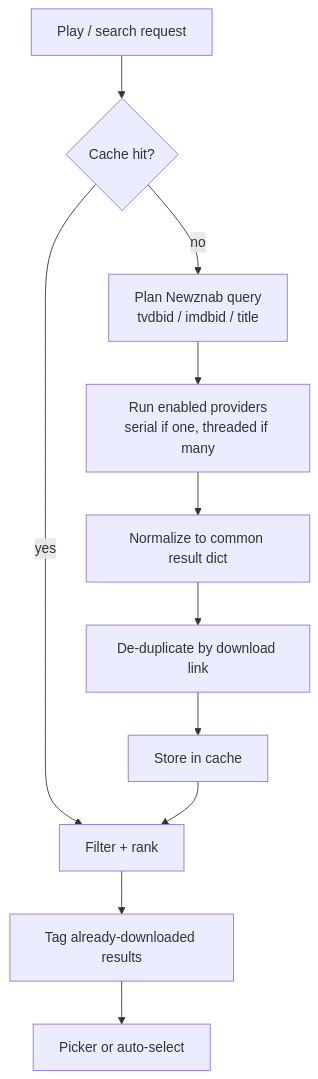
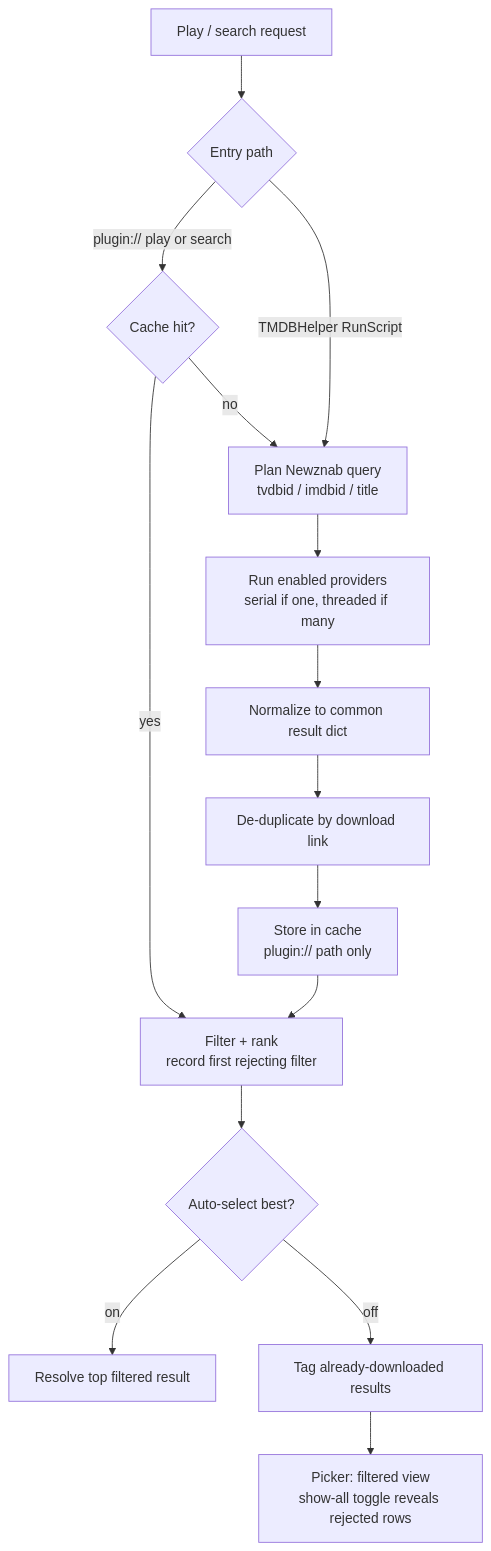
One commit to Appz4Fun/nzbdavkodi changed the first of 2 diagrams in docs-site/how-it-works/search-pipeline.md. Above: the diagram before and after it, drawn with Mermaid. The commit also changed other lines of this file and 4 other files, not shown here.

````diff
--- a/docs-site/how-it-works/search-pipeline.md
+++ b/docs-site/how-it-works/search-pipeline.md
@@ -8,13 +8,17 @@
 ```mermaid
 flowchart TD
-    Q[Play / search request] --> CACHE{Cache hit?}
+    Q[Play / search request] --> SRC{Entry path}
+    SRC -->|plugin:// play or search| CACHE{Cache hit?}
+    SRC -->|TMDBHelper RunScript| PLAN
     CACHE -->|yes| RANK
     CACHE -->|no| PLAN[Plan Newznab query<br/>tvdbid / imdbid / title]
     PLAN --> FAN[Run enabled providers<br/>serial if one, threaded if many]
     FAN --> NORM[Normalize to common result dict]
     NORM --> DEDUPE[De-duplicate by download link]
-    DEDUPE --> STORE[Store in cache]
-    STORE --> RANK[Filter + rank]
-    RANK --> TAG[Tag already-downloaded results]
-    TAG --> PICK[Picker or auto-select]
+    DEDUPE --> STORE[Store in cache<br/>plugin:// path only]
+    STORE --> RANK[Filter + rank<br/>record first rejecting filter]
+    RANK --> PICK{Auto-select best?}
+    PICK -->|on| PLAY[Resolve top filtered result]
+    PICK -->|off| TAG[Tag already-downloaded results]
+    TAG --> DLG[Picker: filtered view<br/>show-all toggle reveals rejected rows]
 ```
````
